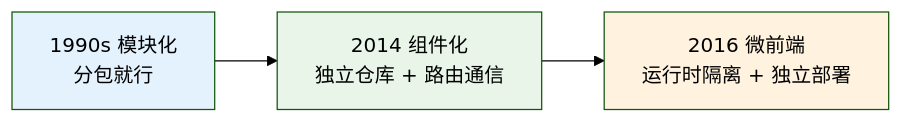
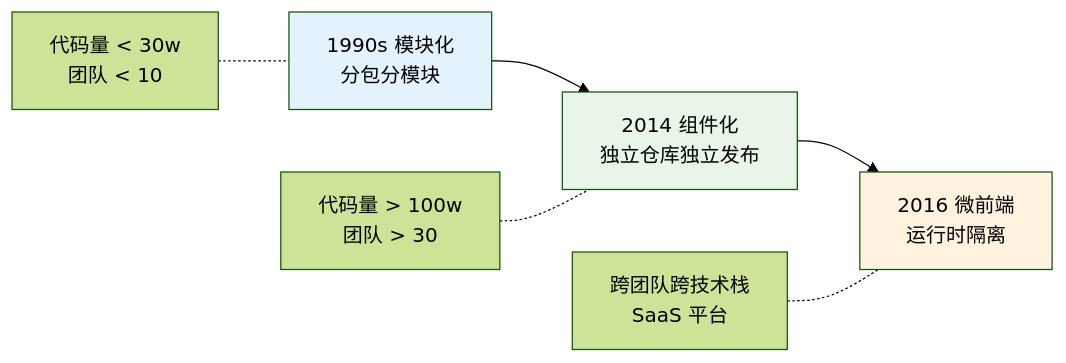
The second of 10 diagrams in docs/10.真经/05.方案设计思想/02.组件化方案的设计.md (chongyang211/YCBookBlog), drawn with Mermaid (forest theme) before and after one commit. The commit also changed other lines of this file and 36 other files, not shown here.

````diff
--- a/docs/10.真经/05.方案设计思想/02.组件化方案的设计.md
+++ b/docs/10.真经/05.方案设计思想/02.组件化方案的设计.md
@@ -176,9 +308,13 @@
 ```mermaid
 flowchart LR
-    A[1990s 模块化<br/>分包就行] --> B[2014 组件化<br/>独立仓库 + 路由通信]
-    B --> C[2016 微前端<br/>运行时隔离 + 独立部署]
+    A[1990s 模块化<br/>分包分模块] --> B[2014 组件化<br/>独立仓库独立发布]
+    B --> C[2016 微前端<br/>运行时隔离]
+    
+    A1[代码量 < 30w<br/>团队 < 10] -.- A
+    B1[代码量 > 100w<br/>团队 > 30] -.- B
+    C1[跨团队跨技术栈<br/>SaaS 平台] -.- C
     
     style A fill:#e3f2fd
     style B fill:#e8f5e8
     style C fill:#fff3e0
 ```
````
